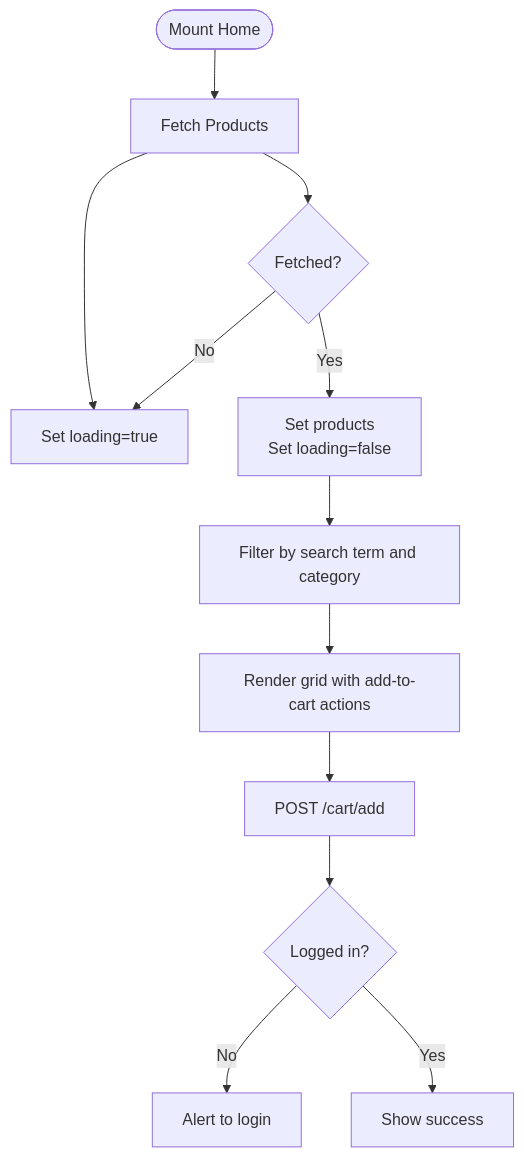
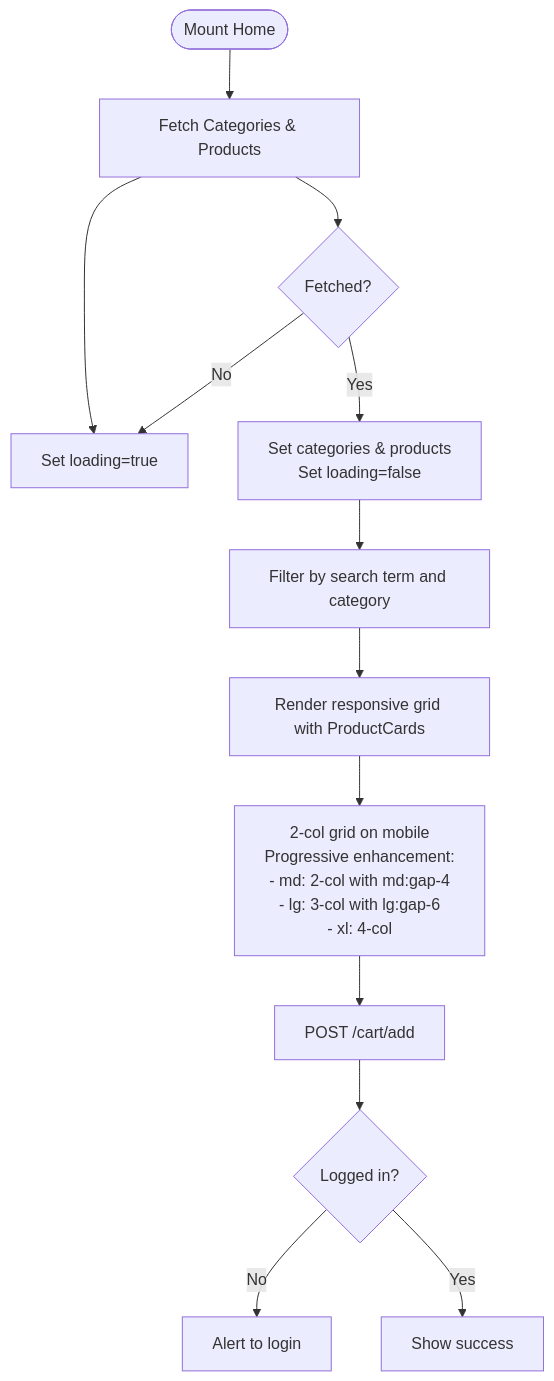
One commit to Pavan-PSPK9032/TrendsandToss changed the third of 10 diagrams in .qoder/repowiki/en/content/Frontend Components & UI/Page Components.md. Above: the diagram before and after it, drawn with Mermaid. The commit also changed other lines of this file and 10 other files, not shown here.

````diff
--- a/.qoder/repowiki/en/content/Frontend Components & UI/Page Components.md
+++ b/.qoder/repowiki/en/content/Frontend Components & UI/Page Components.md
@@ -176,14 +193,15 @@
 ```mermaid
 flowchart TD
-Start(["Mount Home"]) --> Fetch["Fetch Products"]
+Start(["Mount Home"]) --> Fetch["Fetch Categories & Products"]
 Fetch --> SetLoading["Set loading=true"]
 Fetch --> DoneFetch{"Fetched?"}
-DoneFetch --> |Yes| SetProducts["Set products<br/>Set loading=false"]
+DoneFetch --> |Yes| SetData["Set categories & products<br/>Set loading=false"]
 DoneFetch --> |No| SetLoading
-SetProducts --> Filter["Filter by search term and category"]
-Filter --> Render["Render grid with add-to-cart actions"]
-Render --> AddToCart["POST /cart/add"]
+SetData --> Filter["Filter by search term and category"]
+Filter --> Render["Render responsive grid with ProductCards"]
+Render --> Grid["2-col grid on mobile<br/>Progressive enhancement:<br/>- md: 2-col with md:gap-4<br/>- lg: 3-col with lg:gap-6<br/>- xl: 4-col"]
+Grid --> AddToCart["POST /cart/add"]
 AddToCart --> AuthCheck{"Logged in?"}
 AuthCheck --> |No| AlertLogin["Alert to login"]
 AuthCheck --> |Yes| Success["Show success"]
 ```
````
